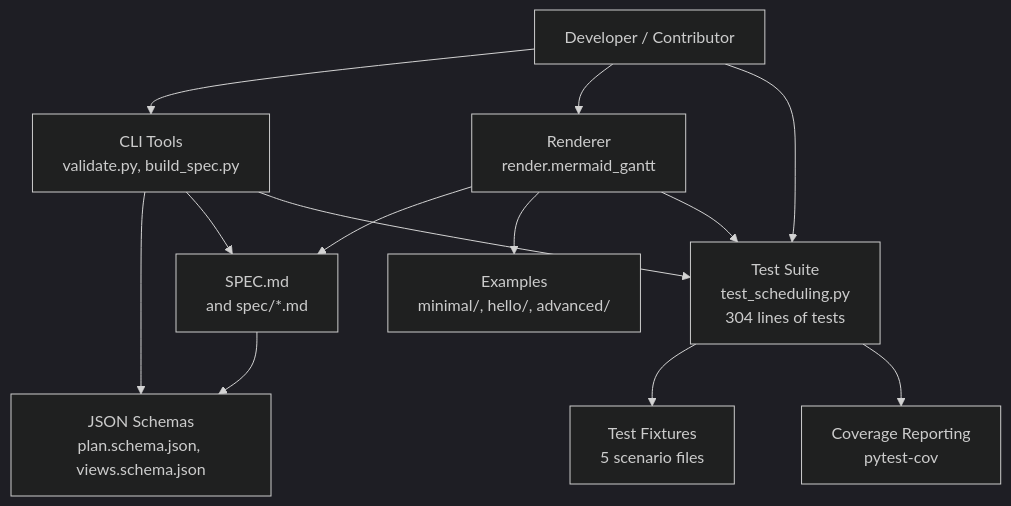
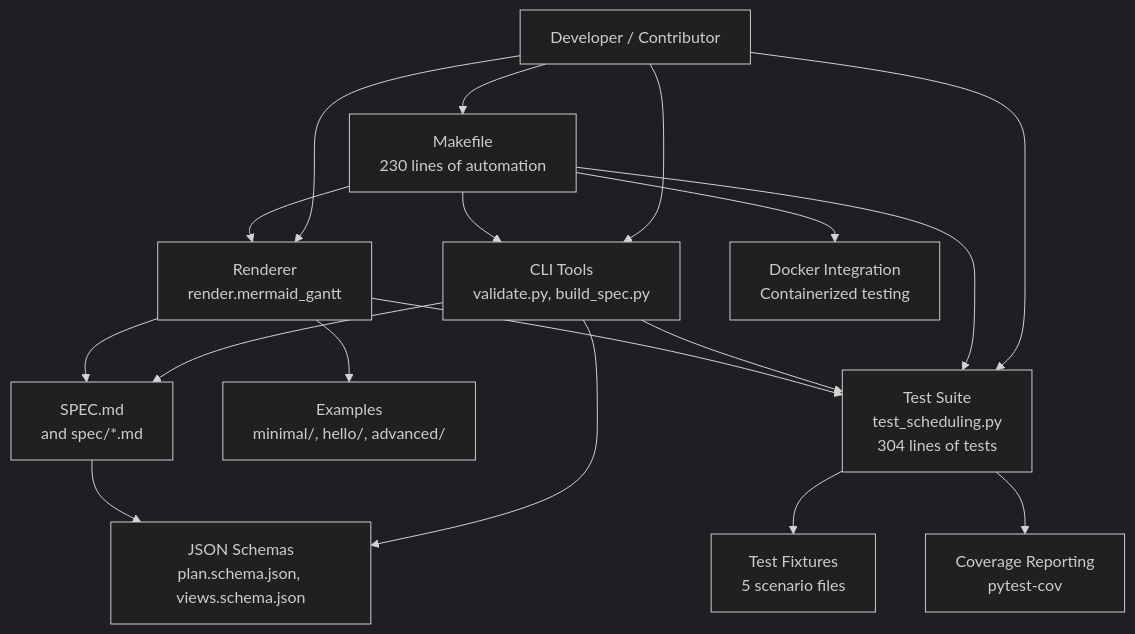
Before and after one commit to asukhodko/opskarta: the second of 7 diagrams in .qoder/repowiki/en/content/Development and Contributing.md, drawn with Mermaid (dark theme). The commit also changed other lines of this file and 6 other files, not shown here.

First line of the commit message:
feat(makefile): enhance automation with venv support and streamline workflows

````diff
--- a/.qoder/repowiki/en/content/Development and Contributing.md
+++ b/.qoder/repowiki/en/content/Development and Contributing.md
@@ -127,24 +130,31 @@
 ```mermaid
 graph TB
 user["Developer / Contributor"]
+makefile["Makefile<br/>230 lines of automation"]
 cli["CLI Tools<br/>validate.py, build_spec.py"]
 renderer["Renderer<br/>render.mermaid_gantt"]
 spec["SPEC.md<br/>and spec/*.md"]
 schemas["JSON Schemas<br/>plan.schema.json, views.schema.json"]
 examples["Examples<br/>minimal/, hello/, advanced/"]
 tests["Test Suite<br/>test_scheduling.py<br/>304 lines of tests"]
 fixtures["Test Fixtures<br/>5 scenario files"]
 coverage["Coverage Reporting<br/>pytest-cov"]
+docker["Docker Integration<br/>Containerized testing"]
+user --> makefile
 user --> cli
 user --> renderer
 user --> tests
+makefile --> cli
+makefile --> renderer
+makefile --> tests
+makefile --> docker
 cli --> schemas
 cli --> spec
 cli --> tests
 renderer --> spec
 renderer --> examples
 renderer --> tests
 tests --> fixtures
 tests --> coverage
 spec --> schemas
 ```
````
